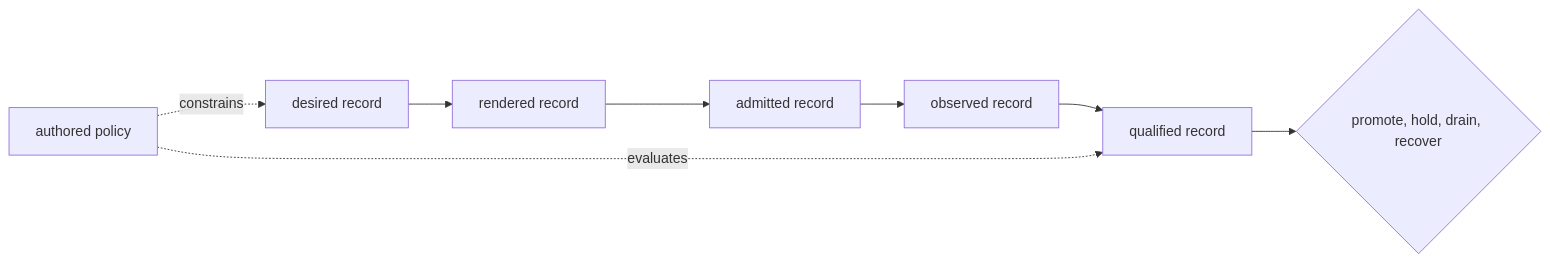
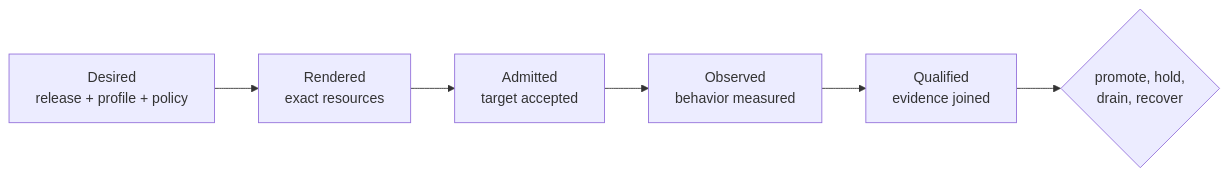
The first of 2 diagrams in docs/bijux-atlas-ops/index.md (bijux/bijux-atlas), drawn with Mermaid before and after one commit. The commit also changed other lines of this file and 1 other file, not shown here.

Commit message:
docs(operations): map topology and decision authority

````diff
--- a/docs/bijux-atlas-ops/index.md
+++ b/docs/bijux-atlas-ops/index.md
@@ -63,10 +33,8 @@
 ```mermaid
 flowchart LR
-    Desired[desired record] --> Rendered[rendered record]
-    Rendered --> Admitted[admitted record]
-    Admitted --> Observed[observed record]
-    Observed --> Qualified[qualified record]
-    Qualified --> Decision{"promote, hold, drain, recover"}
-    Policy[authored policy] -. constrains .-> Desired
-    Policy -. evaluates .-> Qualified
+    Desired["Desired<br/>release + profile + policy"] --> Rendered["Rendered<br/>exact resources"]
+    Rendered --> Admitted["Admitted<br/>target accepted"]
+    Admitted --> Observed["Observed<br/>behavior measured"]
+    Observed --> Qualified["Qualified<br/>evidence joined"]
+    Qualified --> Decision{"promote, hold,<br/>drain, recover"}
 ```
````
